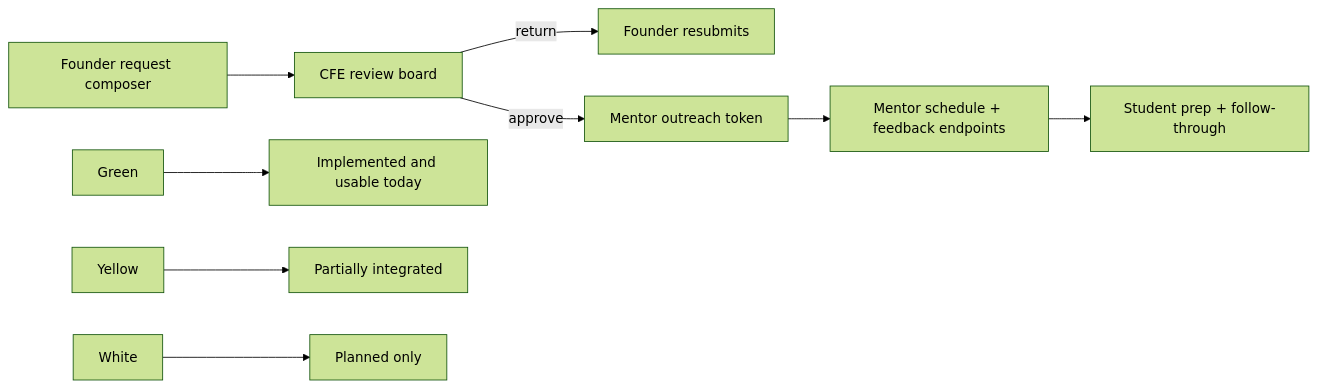
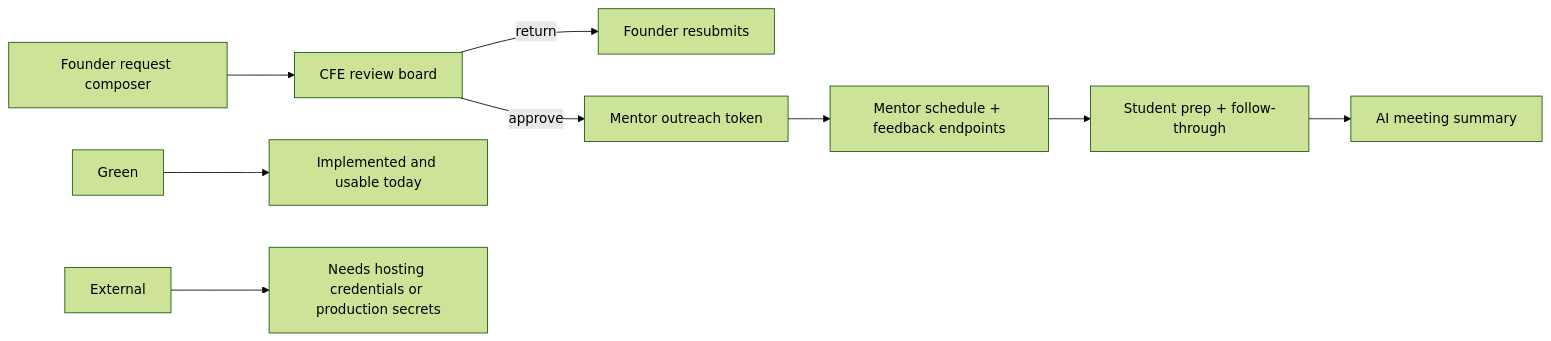
One commit to Pulsator01/MentorMe changed the diagram in docs/midsem-audit-2026-03-20.md. Above: the diagram before and after it, drawn with Mermaid (forest theme). The commit also changed other lines of this file and 7 other files, not shown here.

````diff
--- a/docs/midsem-audit-2026-03-20.md
+++ b/docs/midsem-audit-2026-03-20.md
@@ -35,12 +42,12 @@
 ```mermaid
 flowchart LR
     A["Founder request composer"] --> B["CFE review board"]
     B -->|return| C["Founder resubmits"]
     B -->|approve| D["Mentor outreach token"]
     D --> E["Mentor schedule + feedback endpoints"]
     E --> F["Student prep + follow-through"]
+    F --> G["AI meeting summary"]
 
-    G["Green"] --> G1["Implemented and usable today"]
-    Y["Yellow"] --> Y1["Partially integrated"]
-    W["White"] --> W1["Planned only"]
+    H["Green"] --> H1["Implemented and usable today"]
+    X["External"] --> X1["Needs hosting credentials or production secrets"]
 ```
````
